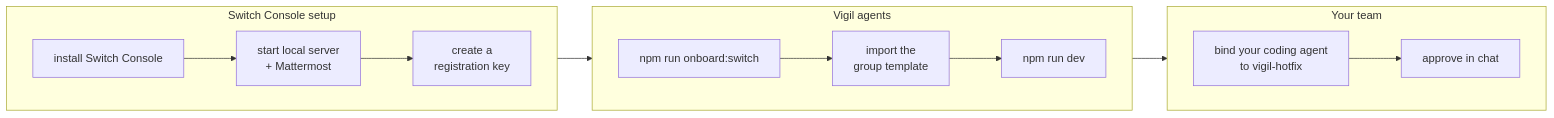
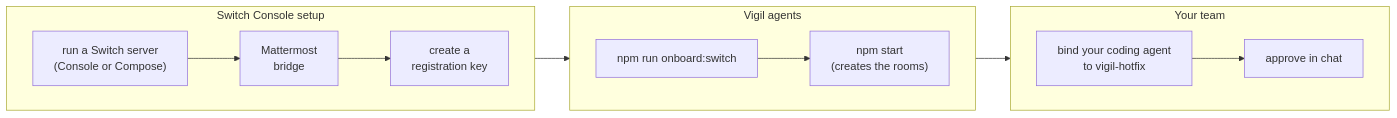
One commit to NetLayerLabs/Vigil changed the eighth of 8 diagrams in README.md. Above: the diagram before and after it, drawn with Mermaid. The commit also changed other lines of this file, not shown here.

First line of the commit message:
docs: the live deployment and what was verified on a real Switch server

````diff
--- a/README.md
+++ b/README.md
@@ -248,16 +250,16 @@
 ```mermaid
 flowchart LR
   subgraph Setup["Switch Console setup"]
     direction LR
-    A1["install Switch Console"] --> A2["start local server<br/>+ Mattermost"] --> A3["create a<br/>registration key"]
+    A1["run a Switch server<br/>(Console or Compose)"] --> A2["Mattermost<br/>bridge"] --> A3["create a<br/>registration key"]
   end
   subgraph Agents["Vigil agents"]
     direction LR
-    B1["npm run onboard:switch"] --> B2["import the<br/>group template"] --> B3["npm run dev"]
+    B1["npm run onboard:switch"] --> B3["npm start<br/>(creates the rooms)"]
   end
   subgraph Team["Your team"]
     direction LR
     C1["bind your coding agent<br/>to vigil-hotfix"] --> C2["approve in chat"]
   end
   Setup --> Agents --> Team
 ```
````
